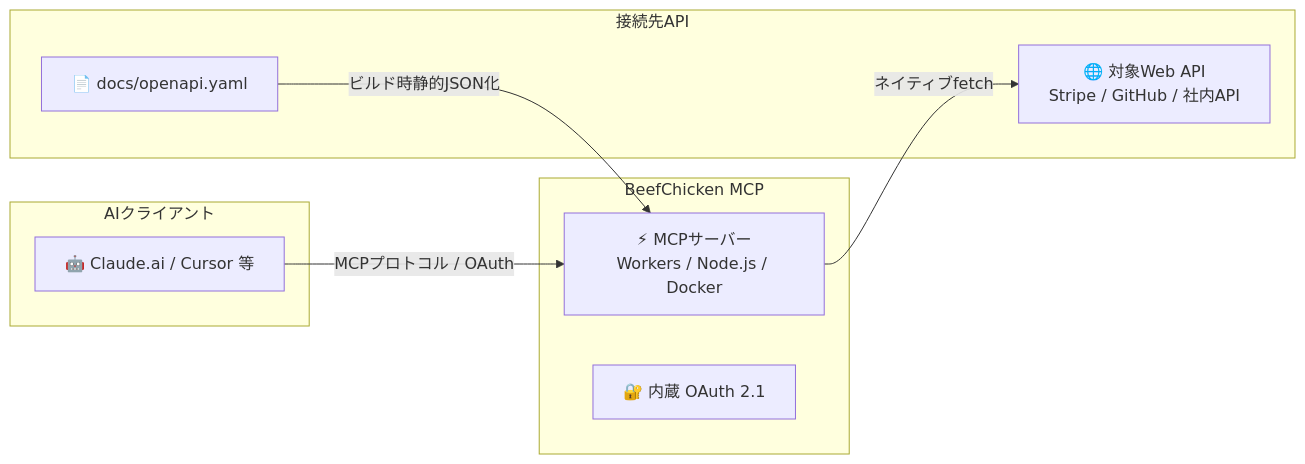
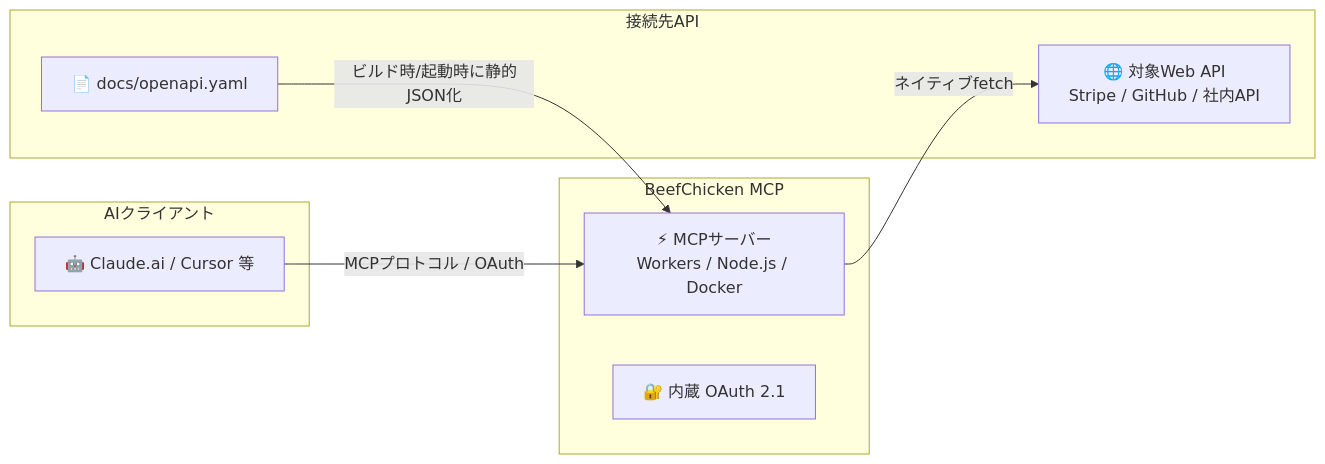
One commit to Watanabebashi/BeefChicken-MCP changed the diagram in README.md. Above: the diagram before and after it, drawn with Mermaid. The commit also changed other lines of this file and 10 other files, not shown here.

````diff
--- a/README.md
+++ b/README.md
@@ -24,20 +24,20 @@
 ```mermaid
 graph LR
     subgraph Client [AIクライアント]
         Claude[🤖 Claude.ai / Cursor 等]
     end
 
     subgraph Proxy [BeefChicken MCP]
         MCP[⚡ MCPサーバー<br/>Workers / Node.js / Docker]
         OAuth[🔐 内蔵 OAuth 2.1]
     end
 
     subgraph Target [接続先API]
         Spec[📄 docs/openapi.yaml]
         API[🌐 対象Web API<br/>Stripe / GitHub / 社内API]
     end
 
-    Spec -->|ビルド時静的JSON化| MCP
+    Spec -->|ビルド時/起動時に静的JSON化| MCP
     Claude -->|MCPプロトコル / OAuth| MCP
     MCP -->|ネイティブfetch| API
 ```
````
